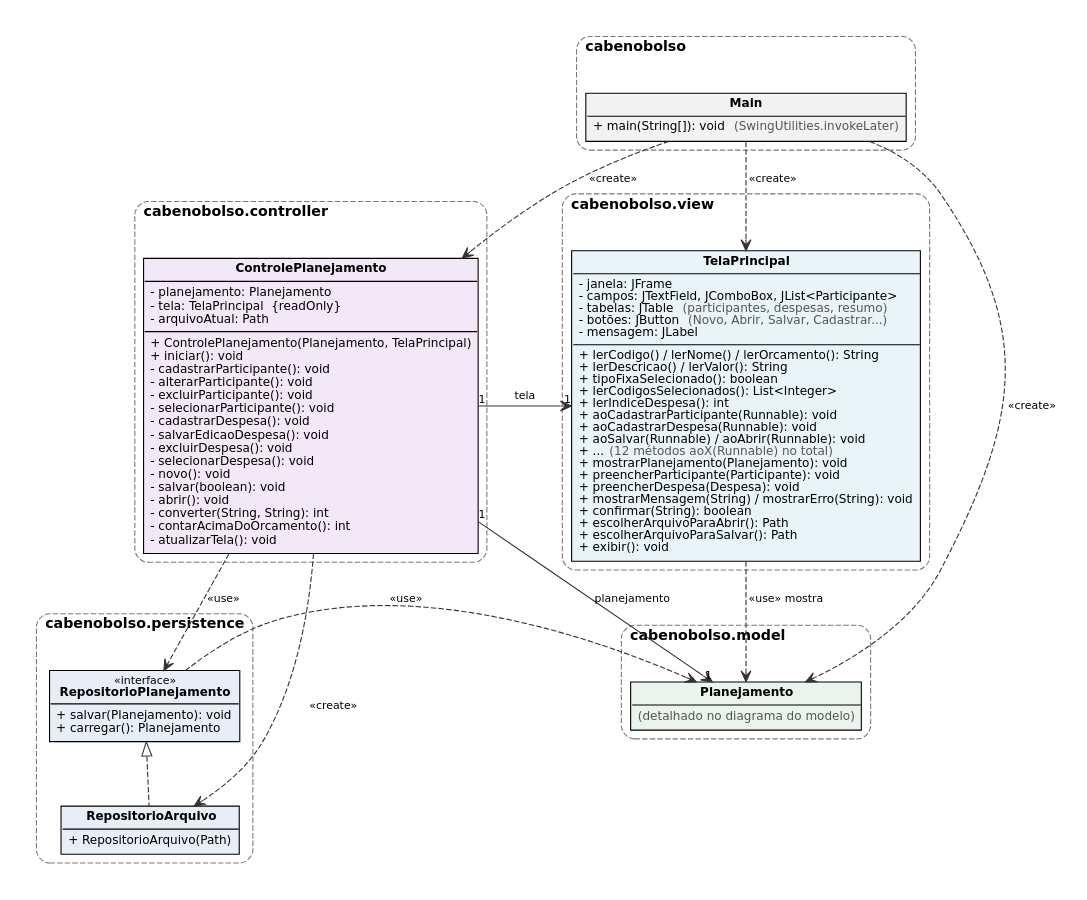
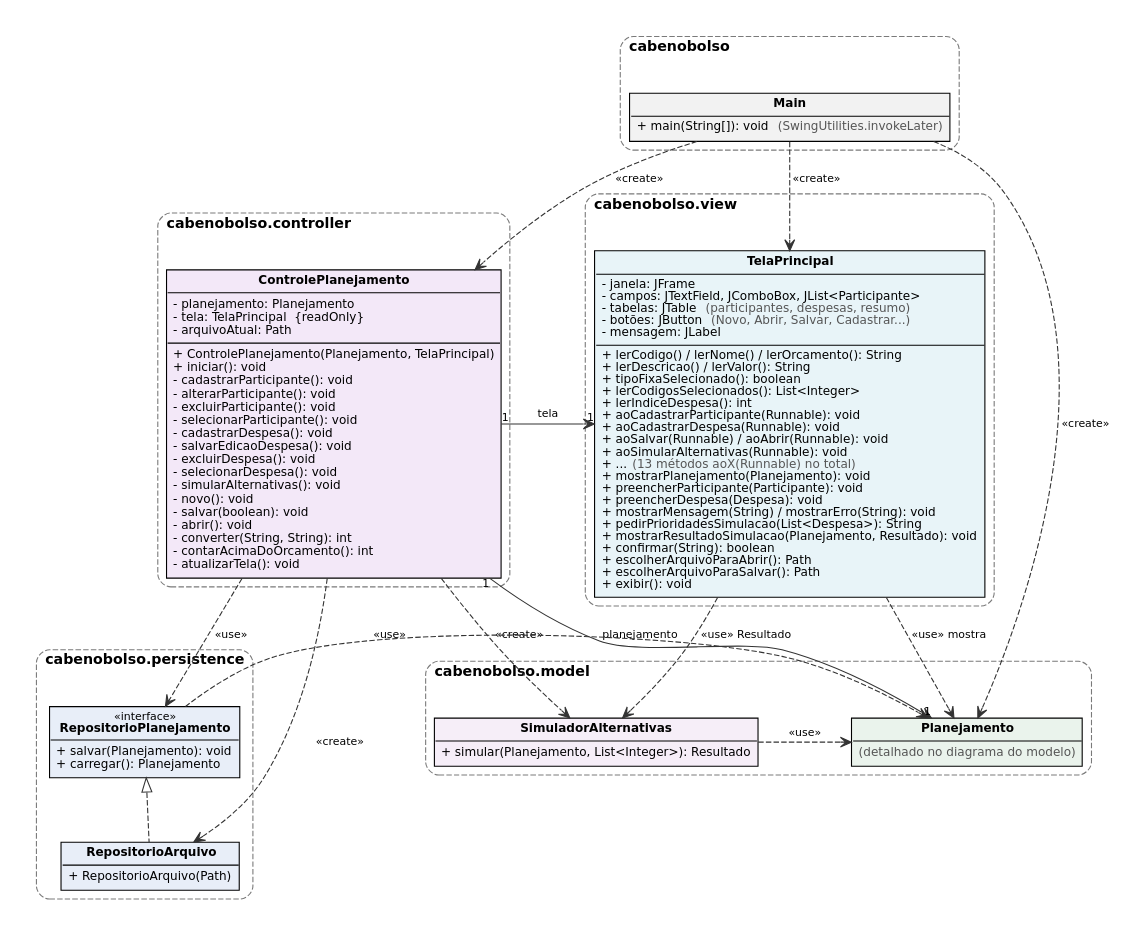
One commit to luizmneto-ai/cabeNoBolso_prj changed the diagram in docs/uml/diagrama-mvc.dot. Above: the diagram before and after it, drawn with Graphviz. The commit also changed 5 other files, not shown here.

Commit message:
Atualiza diagramas UML com o simulador de alternativas

```diff
--- a/docs/uml/diagrama-mvc.dot
+++ b/docs/uml/diagrama-mvc.dot
@@ -1,79 +1,89 @@
 // Diagrama de classes — organização MVC (Cabe no Bolso)
 // Gerar: dot -Tpng -Gdpi=170 diagrama-mvc.dot -o diagrama-mvc.png
 digraph MVC {
   graph [rankdir=TB, fontname="DejaVu Sans", fontsize=13, nodesep=0.6, ranksep=0.8, pad=0.25, bgcolor="white", newrank=true];
   node  [shape=plain, fontname="DejaVu Sans", fontsize=11];
   edge  [fontname="DejaVu Sans", fontsize=10, color="#333333"];
 
   subgraph cluster_root {
     label=<<b>cabenobolso</b>>; labeljust=l; style="rounded,dashed"; color="#7a7a7a";
     Main [label=<
 <table border="1" cellborder="0" cellspacing="0" cellpadding="4" bgcolor="#F2F2F2">
 <tr><td><b>Main</b></td></tr>
 <tr><td align="left" balign="left" sides="t" border="1">+ main(String[]): void  <font color="#555555">(SwingUtilities.invokeLater)</font></td></tr>
 </table>>];
   }
 
   subgraph cluster_controller {
     label=<<b>cabenobolso.controller</b>>; labeljust=l; style="rounded,dashed"; color="#7a7a7a";
     Controle [label=<
 <table border="1" cellborder="0" cellspacing="0" cellpadding="4" bgcolor="#F3E8F8">
 <tr><td><b>ControlePlanejamento</b></td></tr>
 <tr><td align="left" balign="left" sides="t" border="1">- planejamento: Planejamento<br/>- tela: TelaPrincipal  {readOnly}<br/>- arquivoAtual: Path</td></tr>
-<tr><td align="left" balign="left" sides="t" border="1">+ ControlePlanejamento(Planejamento, TelaPrincipal)<br/>+ iniciar(): void<br/>- cadastrarParticipante(): void<br/>- alterarParticipante(): void<br/>- excluirParticipante(): void<br/>- selecionarParticipante(): void<br/>- cadastrarDespesa(): void<br/>- salvarEdicaoDespesa(): void<br/>- excluirDespesa(): void<br/>- selecionarDespesa(): void<br/>- novo(): void<br/>- salvar(boolean): void<br/>- abrir(): void<br/>- converter(String, String): int<br/>- contarAcimaDoOrcamento(): int<br/>- atualizarTela(): void</td></tr>
+<tr><td align="left" balign="left" sides="t" border="1">+ ControlePlanejamento(Planejamento, TelaPrincipal)<br/>+ iniciar(): void<br/>- cadastrarParticipante(): void<br/>- alterarParticipante(): void<br/>- excluirParticipante(): void<br/>- selecionarParticipante(): void<br/>- cadastrarDespesa(): void<br/>- salvarEdicaoDespesa(): void<br/>- excluirDespesa(): void<br/>- selecionarDespesa(): void<br/>- simularAlternativas(): void<br/>- novo(): void<br/>- salvar(boolean): void<br/>- abrir(): void<br/>- converter(String, String): int<br/>- contarAcimaDoOrcamento(): int<br/>- atualizarTela(): void</td></tr>
 </table>>];
   }
 
   subgraph cluster_view {
     label=<<b>cabenobolso.view</b>>; labeljust=l; style="rounded,dashed"; color="#7a7a7a";
     Tela [label=<
 <table border="1" cellborder="0" cellspacing="0" cellpadding="4" bgcolor="#E8F4F8">
 <tr><td><b>TelaPrincipal</b></td></tr>
 <tr><td align="left" balign="left" sides="t" border="1">- janela: JFrame<br/>- campos: JTextField, JComboBox, JList&lt;Participante&gt;<br/>- tabelas: JTable  <font color="#555555">(participantes, despesas, resumo)</font><br/>- botões: JButton  <font color="#555555">(Novo, Abrir, Salvar, Cadastrar...)</font><br/>- mensagem: JLabel</td></tr>
-<tr><td align="left" balign="left" sides="t" border="1">+ lerCodigo() / lerNome() / lerOrcamento(): String<br/>+ lerDescricao() / lerValor(): String<br/>+ tipoFixaSelecionado(): boolean<br/>+ lerCodigosSelecionados(): List&lt;Integer&gt;<br/>+ lerIndiceDespesa(): int<br/>+ aoCadastrarParticipante(Runnable): void<br/>+ aoCadastrarDespesa(Runnable): void<br/>+ aoSalvar(Runnable) / aoAbrir(Runnable): void<br/>+ ... <font color="#555555">(12 métodos aoX(Runnable) no total)</font><br/>+ mostrarPlanejamento(Planejamento): void<br/>+ preencherParticipante(Participante): void<br/>+ preencherDespesa(Despesa): void<br/>+ mostrarMensagem(String) / mostrarErro(String): void<br/>+ confirmar(String): boolean<br/>+ escolherArquivoParaAbrir(): Path<br/>+ escolherArquivoParaSalvar(): Path<br/>+ exibir(): void</td></tr>
+<tr><td align="left" balign="left" sides="t" border="1">+ lerCodigo() / lerNome() / lerOrcamento(): String<br/>+ lerDescricao() / lerValor(): String<br/>+ tipoFixaSelecionado(): boolean<br/>+ lerCodigosSelecionados(): List&lt;Integer&gt;<br/>+ lerIndiceDespesa(): int<br/>+ aoCadastrarParticipante(Runnable): void<br/>+ aoCadastrarDespesa(Runnable): void<br/>+ aoSalvar(Runnable) / aoAbrir(Runnable): void<br/>+ aoSimularAlternativas(Runnable): void<br/>+ ... <font color="#555555">(13 métodos aoX(Runnable) no total)</font><br/>+ mostrarPlanejamento(Planejamento): void<br/>+ preencherParticipante(Participante): void<br/>+ preencherDespesa(Despesa): void<br/>+ mostrarMensagem(String) / mostrarErro(String): void<br/>+ pedirPrioridadesSimulacao(List&lt;Despesa&gt;): String<br/>+ mostrarResultadoSimulacao(Planejamento, Resultado): void<br/>+ confirmar(String): boolean<br/>+ escolherArquivoParaAbrir(): Path<br/>+ escolherArquivoParaSalvar(): Path<br/>+ exibir(): void</td></tr>
 </table>>];
   }
 
   subgraph cluster_model {
     label=<<b>cabenobolso.model</b>>; labeljust=l; style="rounded,dashed"; color="#7a7a7a";
     Planejamento [label=<
 <table border="1" cellborder="0" cellspacing="0" cellpadding="4" bgcolor="#EAF3EC">
 <tr><td><b>Planejamento</b></td></tr>
 <tr><td align="left" sides="t" border="1"><font color="#555555">(detalhado no diagrama do modelo)</font></td></tr>
+</table>>];
+    Simulador [label=<
+<table border="1" cellborder="0" cellspacing="0" cellpadding="4" bgcolor="#F6EEF8">
+<tr><td><b>SimuladorAlternativas</b></td></tr>
+<tr><td align="left" balign="left" sides="t" border="1">+ simular(Planejamento, List&lt;Integer&gt;): Resultado</td></tr>
 </table>>];
   }
 
   subgraph cluster_persistence {
     label=<<b>cabenobolso.persistence</b>>; labeljust=l; style="rounded,dashed"; color="#7a7a7a";
     Repo [label=<
 <table border="1" cellborder="0" cellspacing="0" cellpadding="4" bgcolor="#E8EEF8">
 <tr><td><font point-size="10">«interface»</font><br/><b>RepositorioPlanejamento</b></td></tr>
 <tr><td align="left" balign="left" sides="t" border="1">+ salvar(Planejamento): void<br/>+ carregar(): Planejamento</td></tr>
 </table>>];
     RepoArq [label=<
 <table border="1" cellborder="0" cellspacing="0" cellpadding="4" bgcolor="#E8EEF8">
 <tr><td><b>RepositorioArquivo</b></td></tr>
 <tr><td align="left" sides="t" border="1">+ RepositorioArquivo(Path)</td></tr>
 </table>>];
   }
 
   // Main cria as três partes
   Main -> Controle     [arrowhead=vee, style=dashed, label=" «create» "];
   Main -> Tela         [arrowhead=vee, style=dashed, label=" «create» "];
   Main -> Planejamento [arrowhead=vee, style=dashed, label=" «create» "];
 
   // Controlador conhece a tela e o modelo (associações navegáveis)
   Controle -> Tela         [arrowhead=vee, taillabel="1", headlabel="1", label=" tela "];
   Controle -> Planejamento [arrowhead=vee, taillabel="1", headlabel="1", label=" planejamento "];
 
   // A tela recebe ações do controlador e apenas apresenta o modelo
   Tela -> Planejamento [arrowhead=vee, style=dashed, label=" «use» mostra "];
 
   // Controlador usa o contrato de persistência e cria a implementação
   Controle -> Repo    [arrowhead=vee, style=dashed, label=" «use» "];
   Controle -> RepoArq [arrowhead=vee, style=dashed, label=" «create» "];
   Repo -> RepoArq     [dir=back, arrowtail=onormal, style=dashed, arrowsize=1.3];
   Repo -> Planejamento [arrowhead=vee, style=dashed, label=" «use» ", constraint=false];
 
+  // Objetivo extra: o controlador cria o simulador; a tela mostra o Resultado
+  Controle -> Simulador [arrowhead=vee, style=dashed, label=" «create» "];
+  Simulador -> Planejamento [arrowhead=vee, style=dashed, label=" «use» ", constraint=false];
+  Tela -> Simulador [arrowhead=vee, style=dashed, label=" «use» Resultado "];
+
   { rank=same; Controle; Tela; }
 }
```
